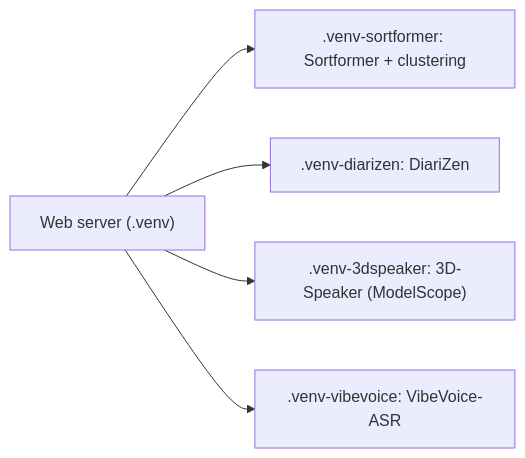
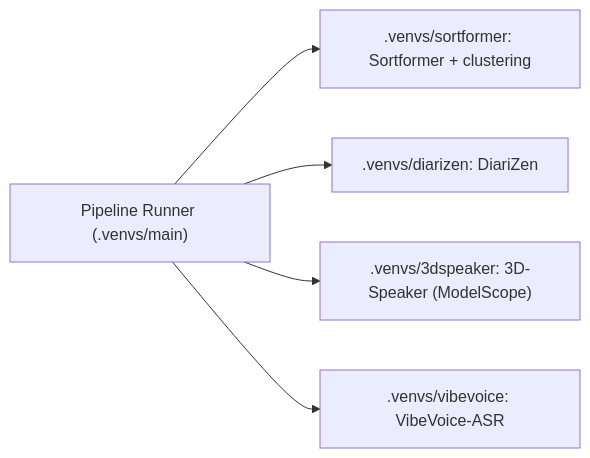
The third of 4 diagrams in docs/concepts/10_infrastructure.md (tungnguyenlam/audio-prepare-pipeline-redo), drawn with Mermaid before and after one commit. The commit also changed other lines of this file and 66 other files, not shown here.

Commit message:
Refactor env setup into envs/, relocate venvs to .venvs/, remove web code, and update AGENTS.md

````diff
--- a/docs/concepts/10_infrastructure.md
+++ b/docs/concepts/10_infrastructure.md
@@ -43,7 +43,7 @@
 ```mermaid
 flowchart LR
-    WEB["Web server (.venv)"] --> S[".venv-sortformer: Sortformer + clustering"]
-    WEB --> D[".venv-diarizen: DiariZen"]
-    WEB --> T[".venv-3dspeaker: 3D-Speaker (ModelScope)"]
-    WEB --> V[".venv-vibevoice: VibeVoice-ASR"]
+    RUNNER["Pipeline Runner (.venvs/main)"] --> S[".venvs/sortformer: Sortformer + clustering"]
+    RUNNER --> D[".venvs/diarizen: DiariZen"]
+    RUNNER --> T[".venvs/3dspeaker: 3D-Speaker (ModelScope)"]
+    RUNNER --> V[".venvs/vibevoice: VibeVoice-ASR"]
 ```
````
